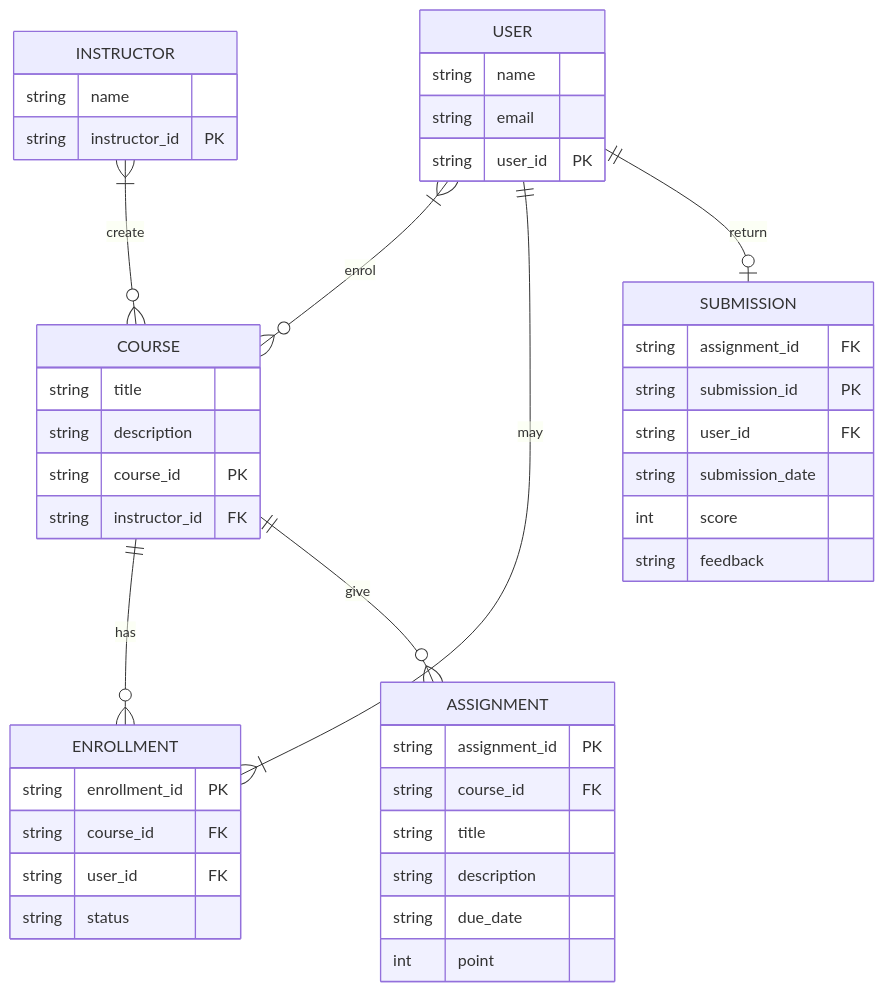
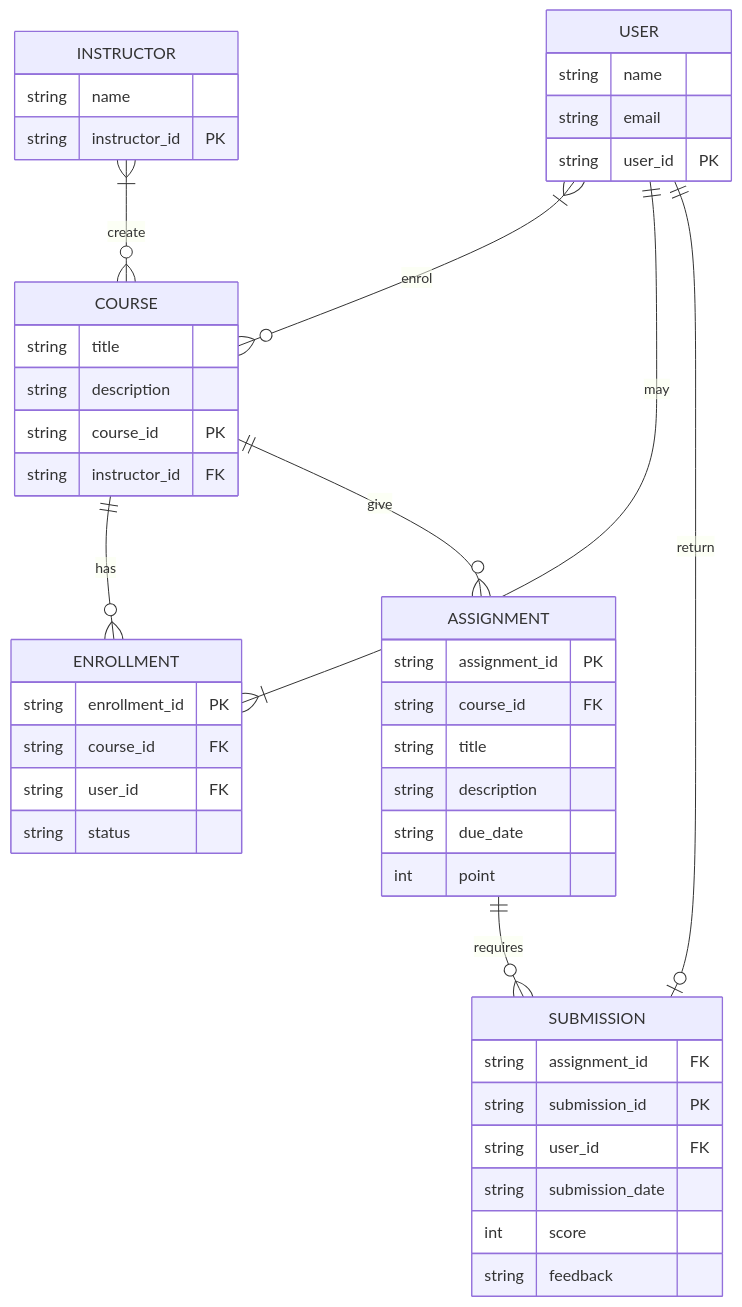
Before and after one commit to Phastboy/diver-learn: the diagram in database.md, drawn with Mermaid.

````diff
--- a/database.md
+++ b/database.md
@@ -1,46 +1,47 @@
 ```mermaid
 erDiagram
 	USER }|--o{ COURSE : enrol
 	USER {
 	string name
 	string email
 	string user_id PK
 	}
 	INSTRUCTOR }|--o{ COURSE: create
 	INSTRUCTOR {
 	string name
 	string instructor_id PK
 	}
 	COURSE{
 	string title
 	string description
 	string course_id PK
 	string instructor_id FK
 	}
 	COURSE ||--o{ ENROLLMENT : has
 	COURSE ||--o{ ASSIGNMENT : give
 	ASSIGNMENT {
 	string assignment_id PK
 	string course_id FK
 	string title
 	string description
 	string due_date
 	int point
 	}
 	USER ||--|{ ENROLLMENT : may
 	ENROLLMENT {
 	string enrollment_id PK
 	string course_id FK
 	string user_id FK
 	string status
 	}
+	ASSIGNMENT ||--o{ SUBMISSION : requires
 	USER ||--o| SUBMISSION : return
 	SUBMISSION {
 	string assignment_id FK
 	string submission_id PK
 	string user_id FK
 	string submission_date
 	int score
 	string feedback
 	}
 ```
````
